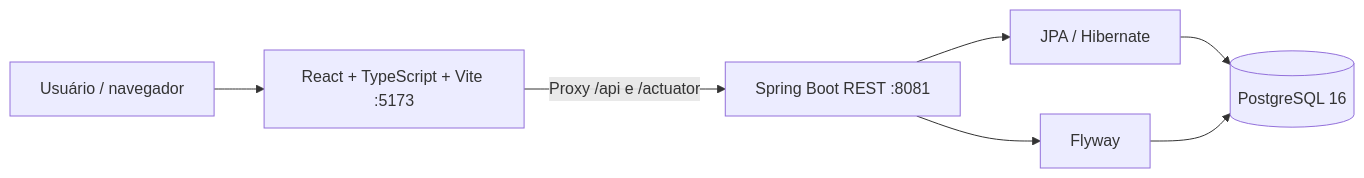
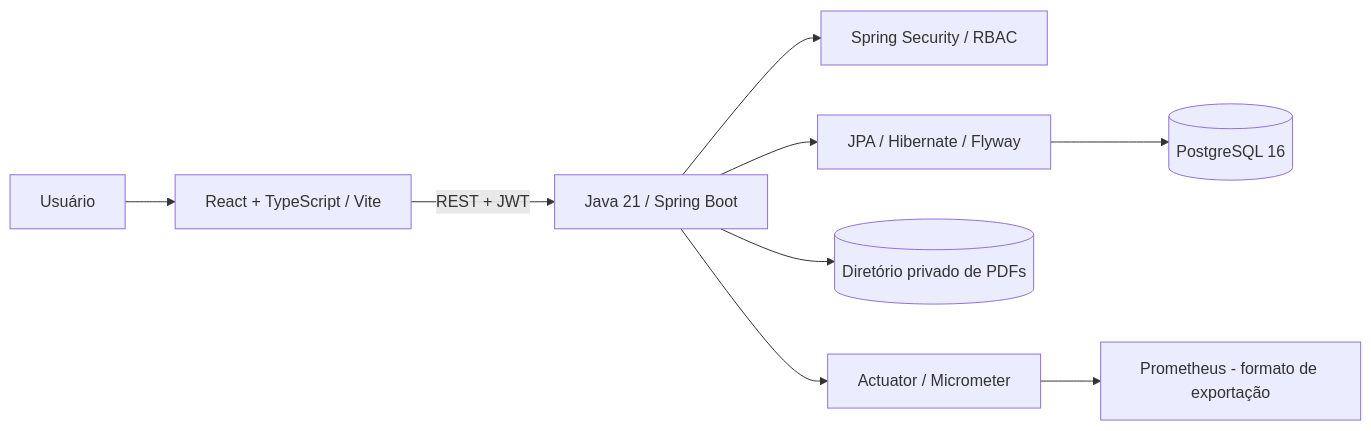
Before and after one commit to juceliocoelho2022/livrostock-fullstack: the diagram in README.md, drawn with Mermaid. The commit also changed other lines of this file, not shown here.

````diff
--- a/README.md
+++ b/README.md
@@ -36,9 +39,11 @@
 ```mermaid
 flowchart LR
-    U[Usuário / navegador] --> R[React + TypeScript + Vite :5173]
-    R -->|Proxy /api e /actuator| A[Spring Boot REST :8081]
-    A --> J[JPA / Hibernate]
-    A --> F[Flyway]
-    J --> P[(PostgreSQL 16)]
-    F --> P
+    U[Usuário] --> F[React + TypeScript / Vite]
+    F -->|REST + JWT| API[Java 21 / Spring Boot]
+    API --> S[Spring Security / RBAC]
+    API --> J[JPA / Hibernate / Flyway]
+    J --> DB[(PostgreSQL 16)]
+    API --> PDF[(Diretório privado de PDFs)]
+    API --> M[Actuator / Micrometer]
+    M --> P[Prometheus - formato de exportação]
 ```
````
